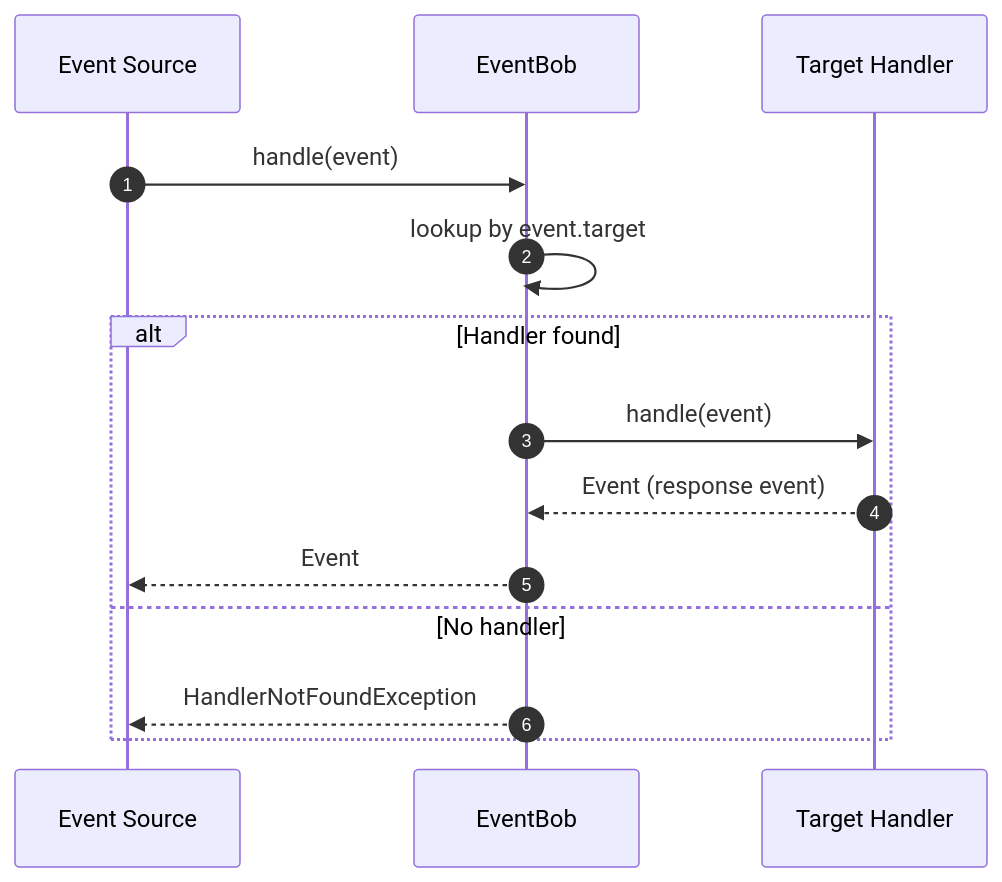
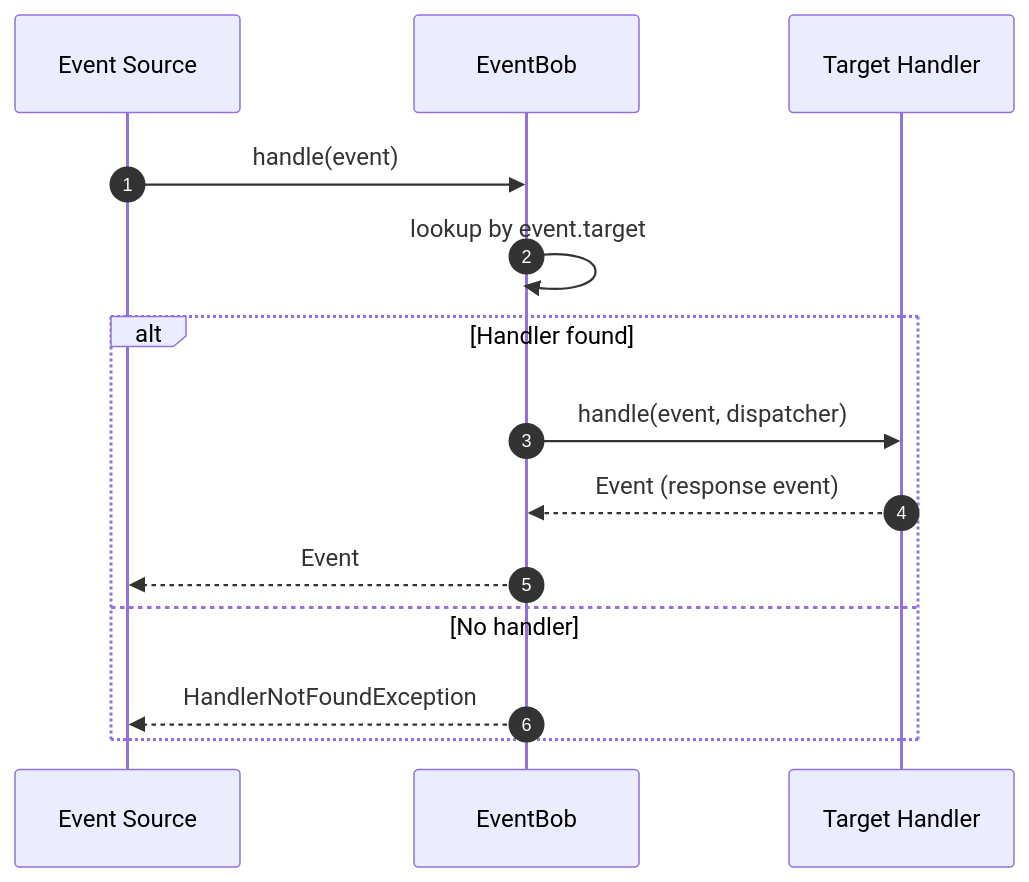
One commit to dinoo333/EventBob changed the diagram in diagrams/eventHandlingUseCases/BasicEventHandlingSequence.mermaid. Above: the diagram before and after it, drawn with Mermaid. The commit also changed 7 other files, not shown here.

```diff
--- a/diagrams/eventHandlingUseCases/BasicEventHandlingSequence.mermaid
+++ b/diagrams/eventHandlingUseCases/BasicEventHandlingSequence.mermaid
@@ -1,15 +1,15 @@
 sequenceDiagram
     autonumber
     participant S as Event Source
     participant R as EventBob
     participant H as Target Handler
 
     S->>R: handle(event)
     R->>R: lookup by event.target
     alt Handler found
-        R->>H: handle(event)
+        R->>H: handle(event, dispatcher)
         H-->>R: Event (response event)
         R-->>S: Event
     else No handler
         R-->>S: HandlerNotFoundException
     end
```
